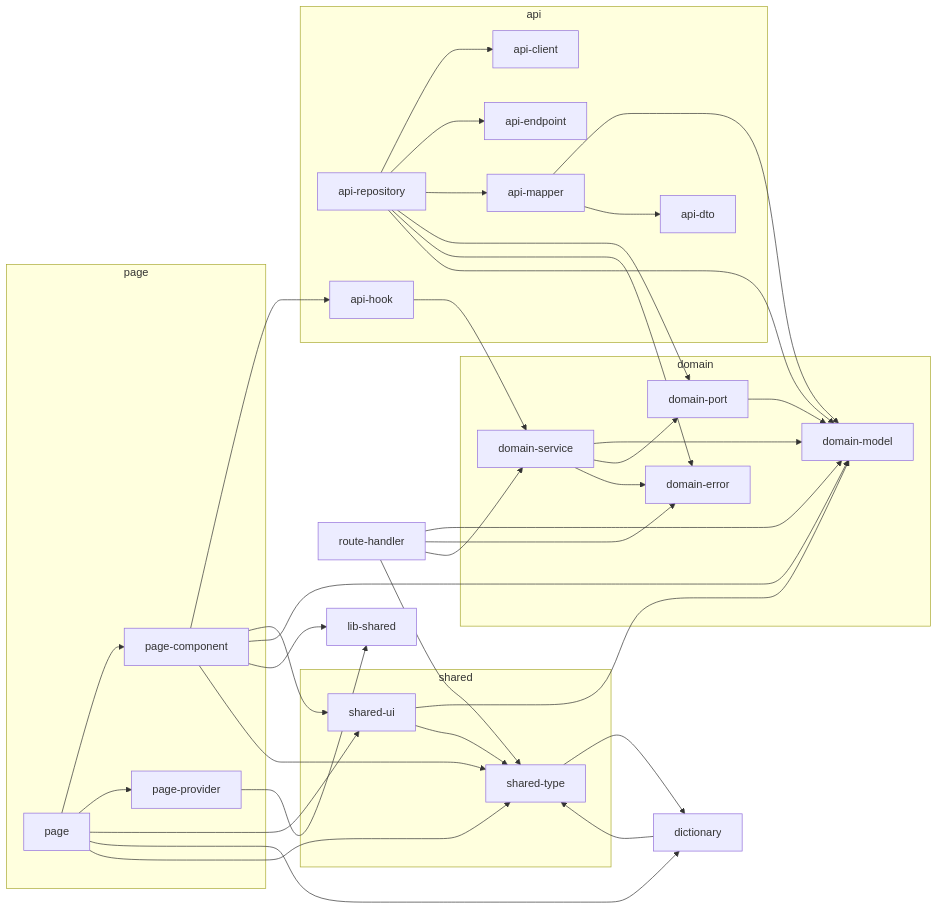
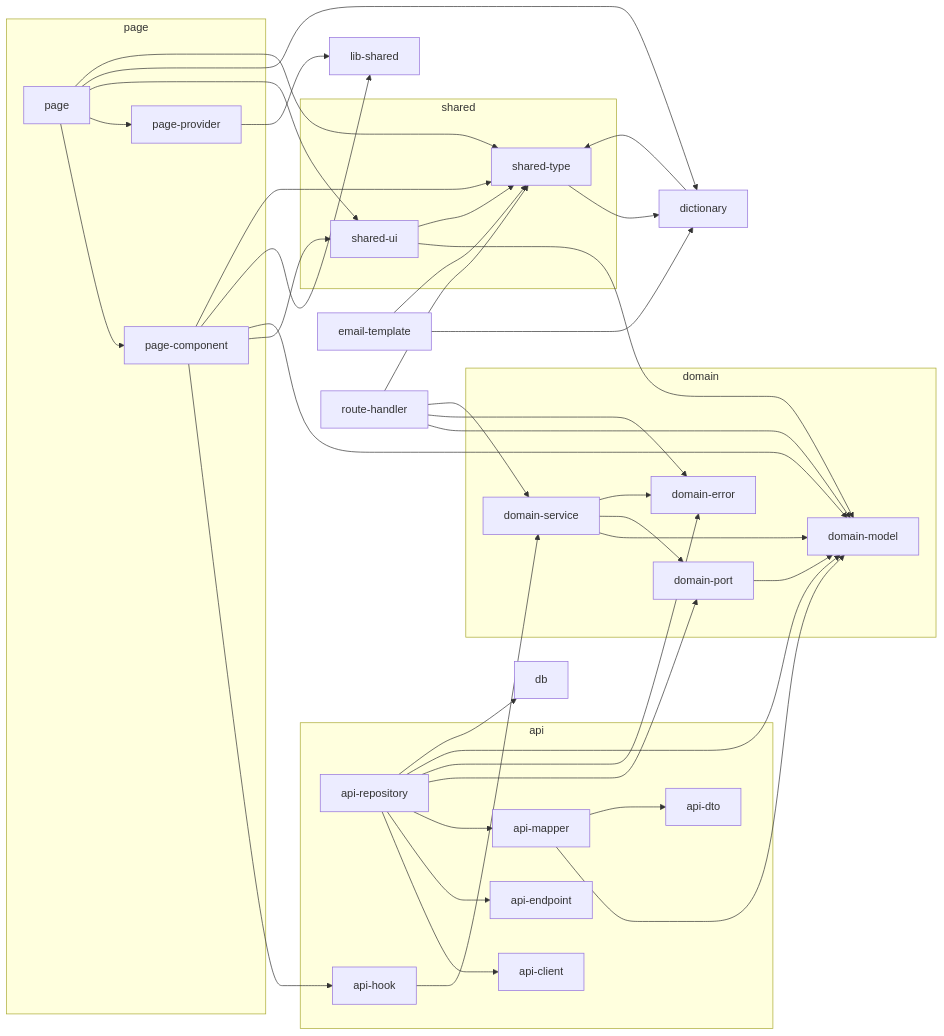
One commit to JosephNK/jkit-code-plugin changed the diagram in rules/nextjs/base/lint-rules-reference.md. Above: the diagram before and after it, drawn with Mermaid. The commit also changed other lines of this file and 40 other files, not shown here.

````diff
--- a/rules/nextjs/base/lint-rules-reference.md
+++ b/rules/nextjs/base/lint-rules-reference.md
@@ -19,61 +19,66 @@
 ```mermaid
 graph LR
   subgraph g_domain [domain]
     domain_model["domain-model"]
     domain_error["domain-error"]
     domain_port["domain-port"]
     domain_service["domain-service"]
   end
   subgraph g_api [api]
     api_client["api-client"]
     api_endpoint["api-endpoint"]
     api_dto["api-dto"]
     api_mapper["api-mapper"]
     api_repository["api-repository"]
     api_hook["api-hook"]
   end
   subgraph g_shared [shared]
     shared_ui["shared-ui"]
     shared_type["shared-type"]
   end
   subgraph g_page [page]
     page_component["page-component"]
     page_provider["page-provider"]
     page["page"]
   end
+  db["db"]
   lib_shared["lib-shared"]
   dictionary["dictionary"]
+  email_template["email-template"]
   route_handler["route-handler"]
   domain_port --> domain_model
   domain_service --> domain_model
   domain_service --> domain_port
   domain_service --> domain_error
   api_mapper --> domain_model
   api_mapper --> api_dto
   api_repository --> api_client
   api_repository --> api_endpoint
   api_repository --> api_mapper
   api_repository --> domain_port
   api_repository --> domain_error
   api_repository --> domain_model
+  api_repository --> db
   api_hook --> domain_service
   shared_ui --> domain_model
   shared_ui --> shared_type
   page_component --> api_hook
   page_component --> shared_ui
   page_component --> domain_model
   page_component --> lib_shared
   page_component --> shared_type
   page_provider --> lib_shared
   dictionary --> shared_type
   shared_type --> dictionary
+  email_template --> dictionary
+  email_template --> shared_type
   route_handler --> domain_model
   route_handler --> domain_error
   route_handler --> domain_service
   route_handler --> shared_type
   page --> page_component
   page --> page_provider
   page --> shared_ui
   page --> dictionary
   page --> shared_type
 ```
````
